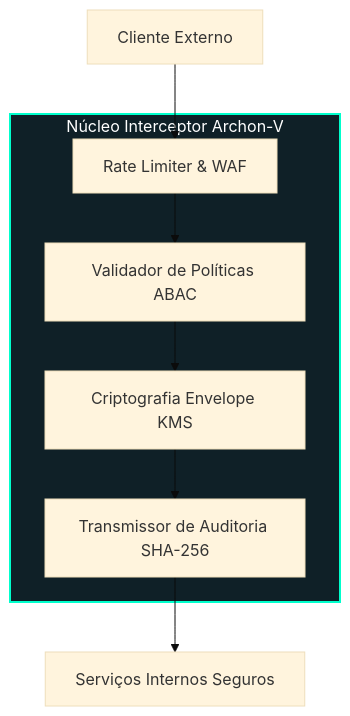
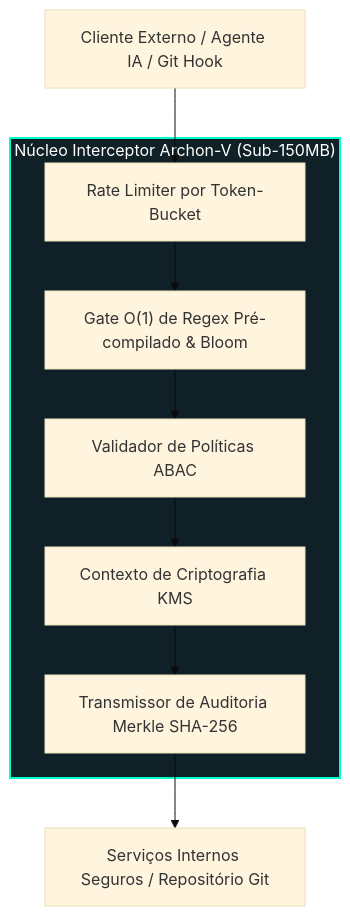
One commit to welzim19-star/archon-v changed the diagram in README.pt-BR.md. Above: the diagram before and after it, drawn with Mermaid (base theme). The commit also changed other lines of this file and 9 other files, not shown here.

````diff
--- a/README.pt-BR.md
+++ b/README.pt-BR.md
@@ -24,23 +51,25 @@
 ```mermaid
 flowchart TD
-    Client["Cliente Externo"] 
+    Client["Cliente Externo / Agente IA / Git Hook"] 
     
-    subgraph ARCHON_CORE["Núcleo Interceptor Archon-V"]
-        WAF["Rate Limiter & WAF"]
+    subgraph ARCHON_CORE["Núcleo Interceptor Archon-V (Sub-150MB)"]
+        WAF["Rate Limiter por Token-Bucket"]
+        SCAN["Gate O(1) de Regex Pré-compilado & Bloom"]
         ABAC["Validador de Políticas ABAC"]
-        KMS["Criptografia Envelope KMS"]
-        Audit["Transmissor de Auditoria SHA-256"]
+        KMS["Contexto de Criptografia KMS"]
+        Audit["Transmissor de Auditoria Merkle SHA-256"]
         
-        WAF --> ABAC
+        WAF --> SCAN
+        SCAN --> ABAC
         ABAC --> KMS
         KMS --> Audit
     end
     
-    Upstream["Serviços Internos Seguros"]
+    Upstream["Serviços Internos Seguros / Repositório Git"]
 
     Client --> WAF
     Audit --> Upstream
     
     classDef secure fill:#0f2027,stroke:#00ffcc,stroke-width:2px,color:#fff;
     class ARCHON_CORE secure;
 ```
````
